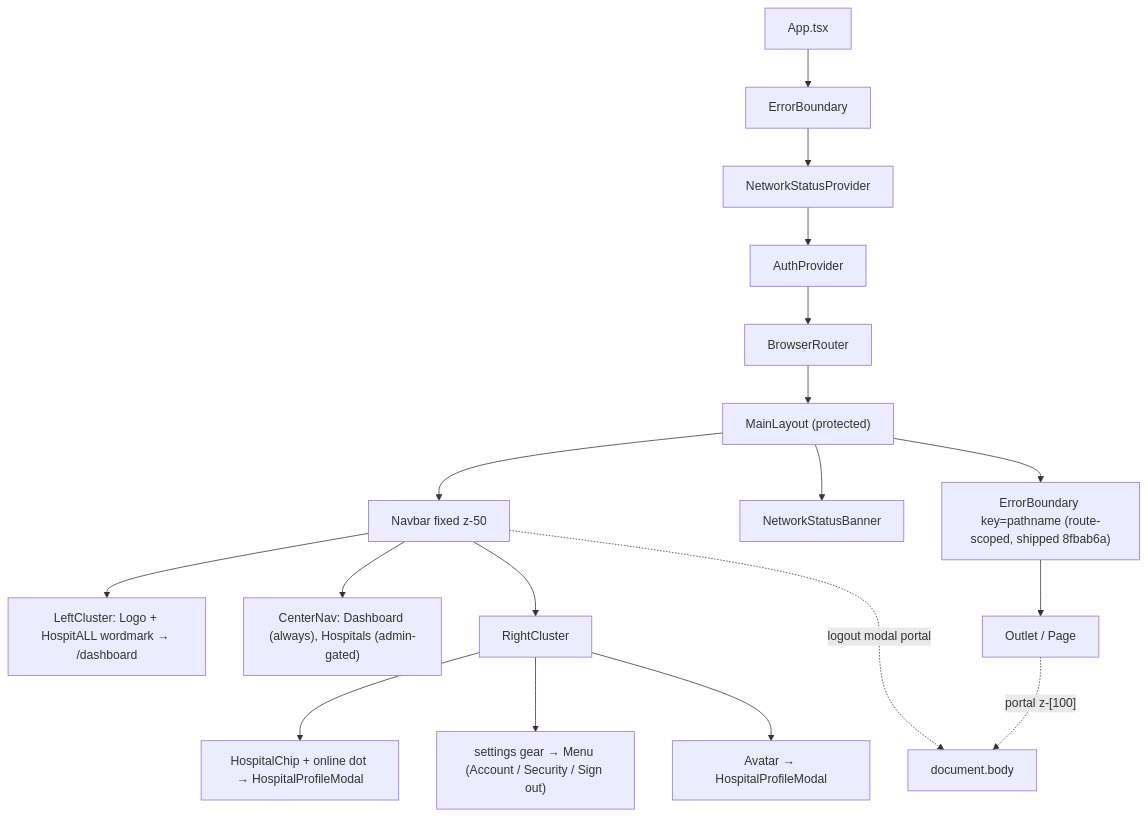
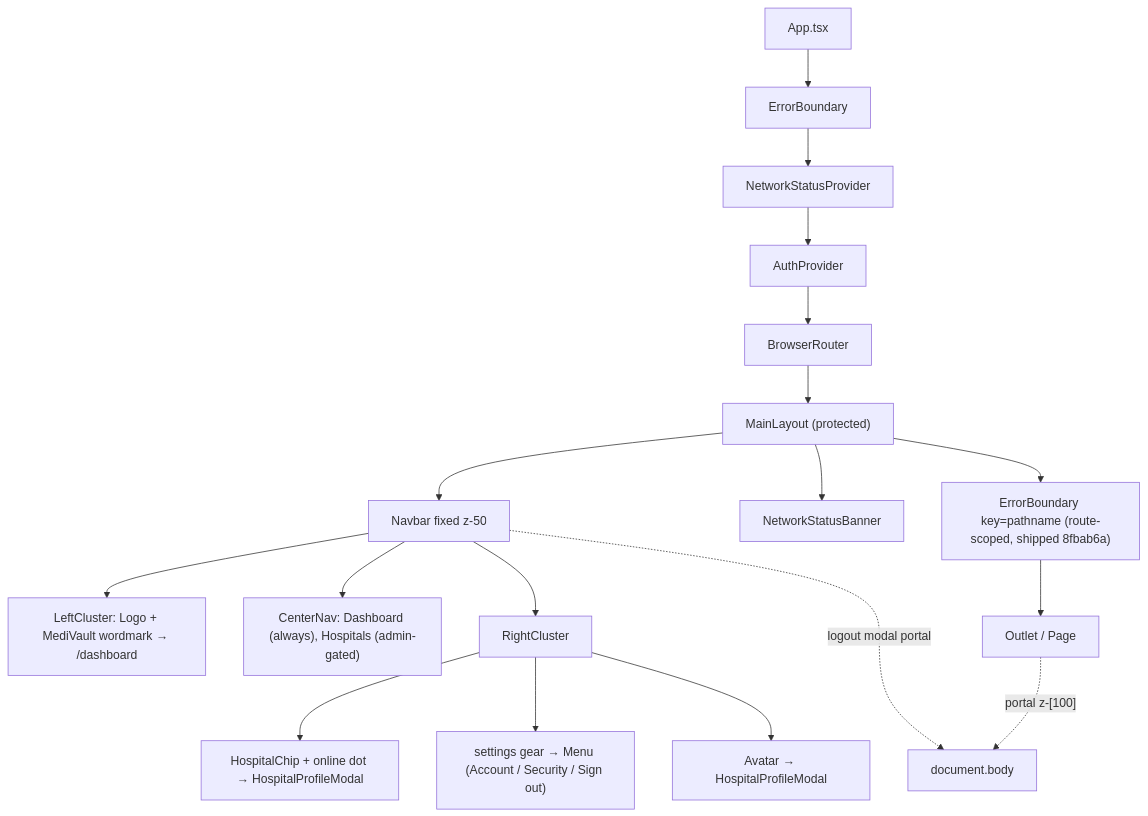
Diagram 15 of 30 in docs/audit/03-architecture-diagrams.md (urvagandhi/Hospital-Management), drawn with Mermaid before and after one commit. The commit also changed other lines of this file and 30 other files, not shown here.

Commit message:
Rename HospitALL to MediVault

````diff
--- a/docs/audit/03-architecture-diagrams.md
+++ b/docs/audit/03-architecture-diagrams.md
@@ -568,21 +568,21 @@
 ```mermaid
 flowchart TB
   Body["document.body"]
   App["App.tsx"] --> EB["ErrorBoundary"]
   EB --> NS["NetworkStatusProvider"]
   NS --> Auth["AuthProvider"]
   Auth --> Router["BrowserRouter"]
   Router --> ML["MainLayout (protected)"]
   ML --> NB["Navbar fixed z-50"]
-  NB --> LC["LeftCluster: Logo + HospitALL wordmark → /dashboard"]
+  NB --> LC["LeftCluster: Logo + MediVault wordmark → /dashboard"]
   NB --> CN["CenterNav: Dashboard (always), Hospitals (admin-gated)"]
   NB --> RC["RightCluster"]
   RC --> Chip["HospitalChip + online dot → HospitalProfileModal"]
   RC --> Gear["settings gear → Menu (Account / Security / Sign out)"]
   RC --> Av["Avatar → HospitalProfileModal"]
   ML --> NSB["NetworkStatusBanner"]
   ML --> InnerEB["ErrorBoundary key=pathname (route-scoped, shipped 8fbab6a)"]
   InnerEB --> Main["Outlet / Page"]
   Main -.portal z-[100].-> Body
   NB -.logout modal portal.-> Body
 ```
````
